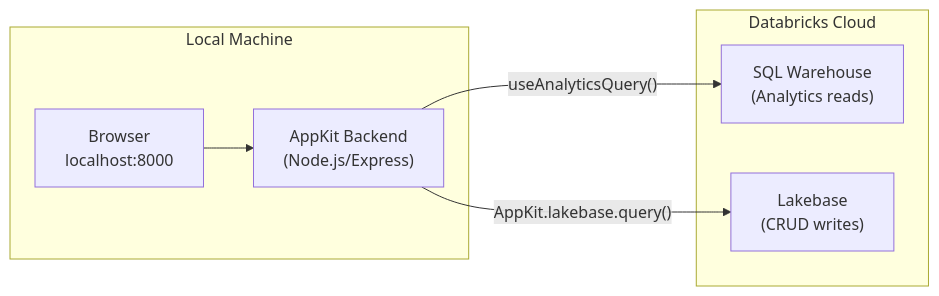
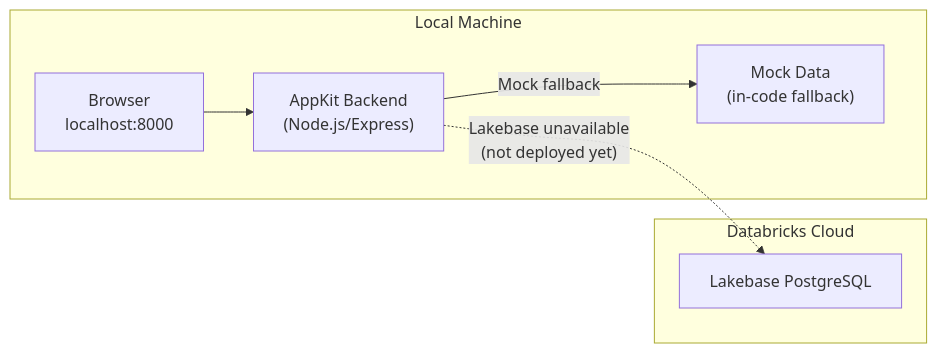
Before and after one commit to databricks-solutions/vibe-coding-workshop-template: the third of 4 diagrams in apps_lakebase/Instructions.md, drawn with Mermaid. The commit also changed other lines of this file and 27 other files, not shown here.

````diff
--- a/apps_lakebase/Instructions.md
+++ b/apps_lakebase/Instructions.md
@@ -1093,16 +1113,16 @@
 ```mermaid
 graph LR
     Browser["Browser<br/>localhost:8000"] --> AppKit["AppKit Backend<br/>(Node.js/Express)"]
-    AppKit -->|"useAnalyticsQuery()"| SQLWarehouse["SQL Warehouse<br/>(Analytics reads)"]
-    AppKit -->|"AppKit.lakebase.query()"| Lakebase["Lakebase<br/>(CRUD writes)"]
+    AppKit -.->|"Lakebase unavailable<br/>(not deployed yet)"| Lakebase["Lakebase PostgreSQL"]
+    AppKit -->|"Mock fallback"| MockData["Mock Data<br/>(in-code fallback)"]
 
     subgraph local [Local Machine]
         Browser
         AppKit
+        MockData
     end
 
     subgraph cloud [Databricks Cloud]
-        SQLWarehouse
         Lakebase
     end
 ```
````
